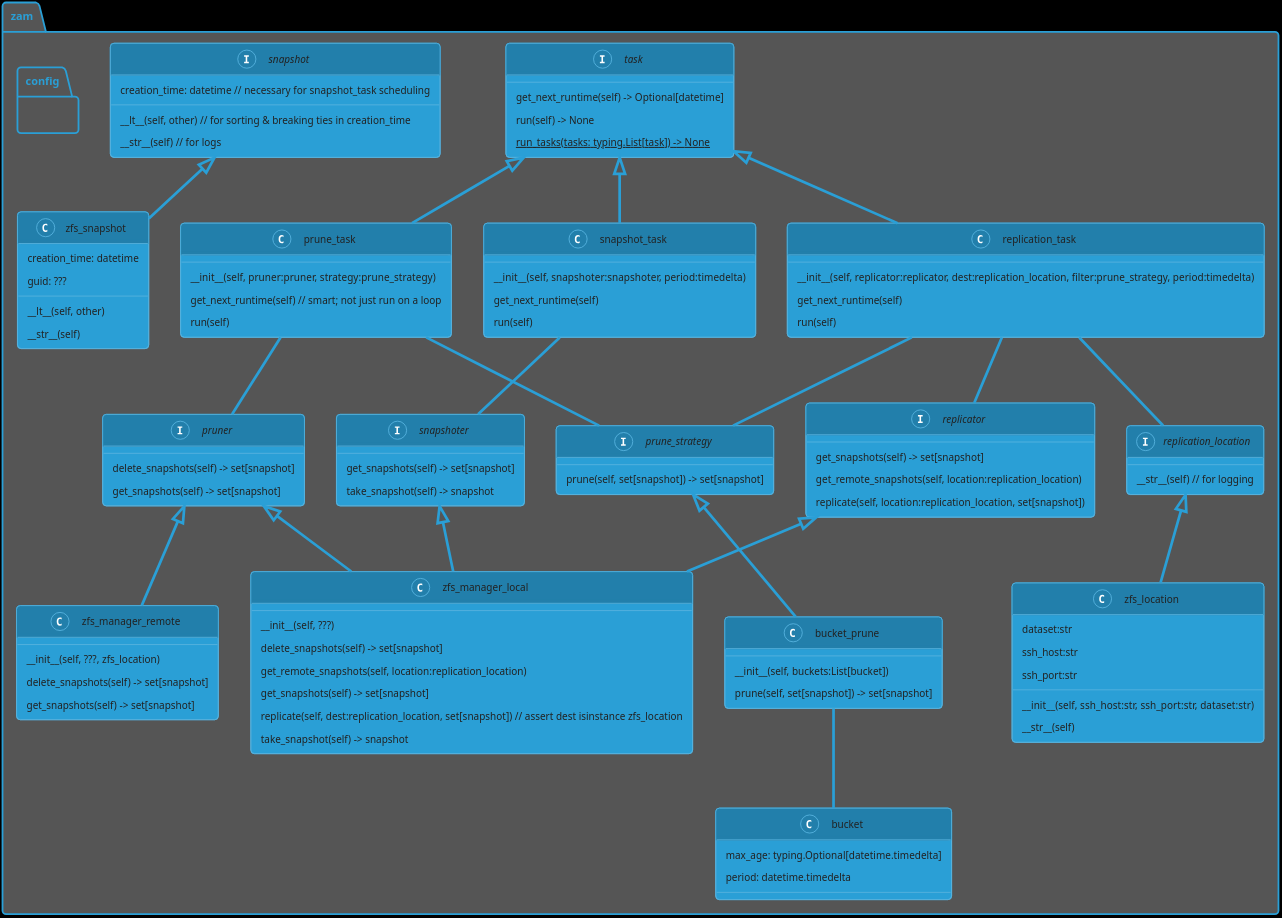
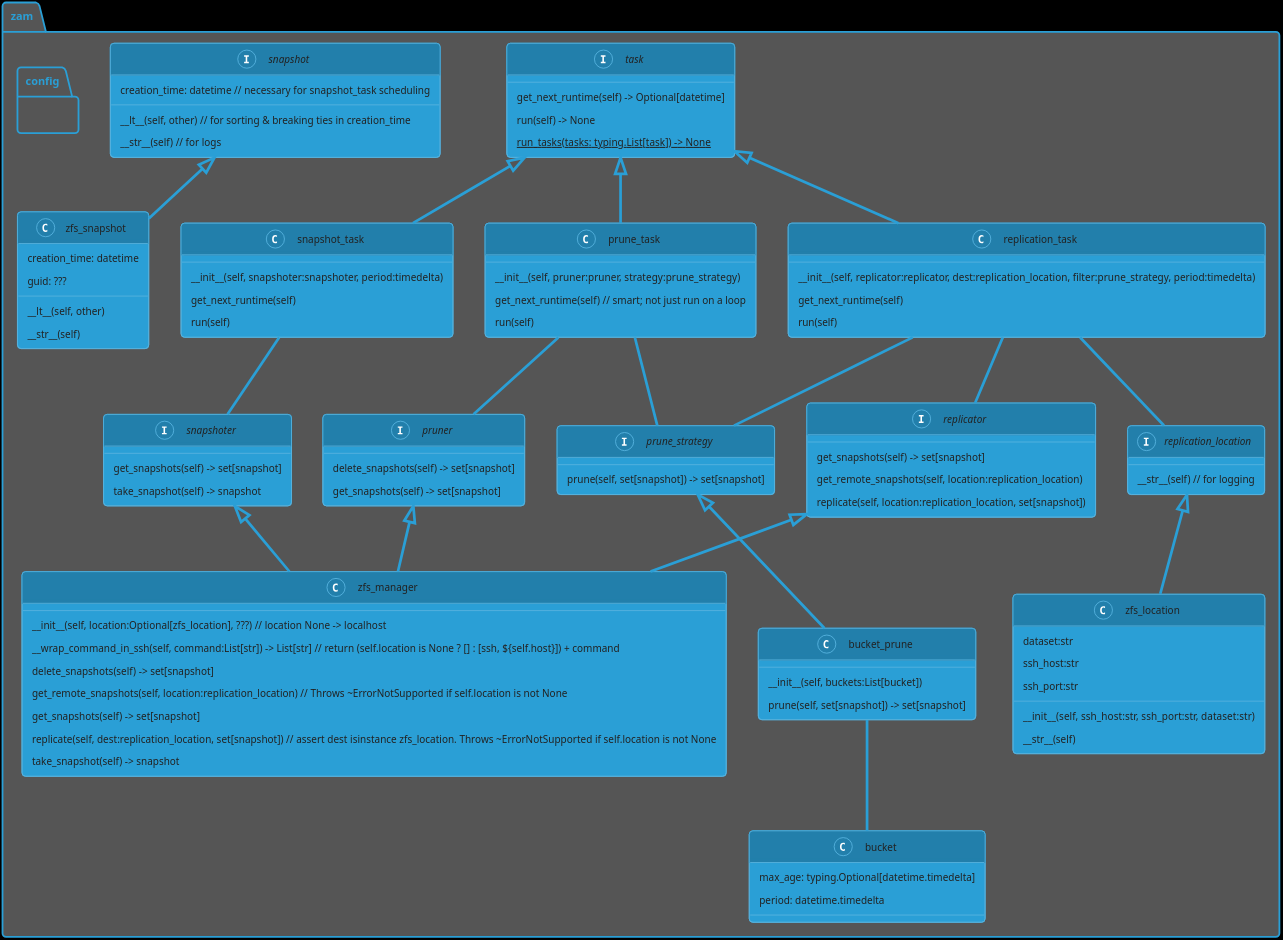
One commit to Ivan-Johnson/ZAM changed the diagram in docs/class_diagram.plantuml. Above: the diagram before and after it, drawn with PlantUML.

Commit message:
De-duplicate class design

```diff
--- a/docs/class_diagram.plantuml
+++ b/docs/class_diagram.plantuml
@@ -2,155 +2,142 @@
 @startuml
 !theme cyborg
 skinparam backgroundColor black
 skinparam dpi 300
 
 package "zam" {
 	interface task {
 		get_next_runtime(self) -> Optional[datetime]
 		run(self) -> None
 		{static} run_tasks(tasks: typing.List[task]) -> None
 	}
 
 	interface snapshot {
 		__lt__(self, other) // for sorting & breaking ties in creation_time
 		__str__(self) // for logs
 		creation_time: datetime // necessary for snapshot_task scheduling
 	}
 
 	class zfs_snapshot {
 		__lt__(self, other)
 		__str__(self)
 		creation_time: datetime
 		guid: ???
 	}
 	zfs_snapshot -up-|> snapshot
 
 	interface snapshoter {
 		get_snapshots(self) -> set[snapshot]
 		take_snapshot(self) -> snapshot
 	}
 
 	class snapshot_task {
 		__init__(self, snapshoter:snapshoter, period:timedelta)
 		get_next_runtime(self)
 		run(self)
 	}
 
 	snapshot_task -up-|> task
 	snapshot_task -- snapshoter
 
 	interface replicator {
 		get_snapshots(self) -> set[snapshot]
 		get_remote_snapshots(self, location:replication_location)
 		replicate(self, location:replication_location, set[snapshot])
 	}
 
 	interface replication_location {
 		__str__(self) // for logging
 	}
 
 	class replication_task {
 		__init__(self, replicator:replicator, dest:replication_location, filter:prune_strategy, period:timedelta)
 		get_next_runtime(self)
 		run(self)
 
 		' implementation is something like this:
 		'     local = replicator.get_snapshots()
 		'     remote = replicator.get_remote_snapshots(dest)
 		'
 		'     start_time = max(map(lambda snapshot: snapshot.datetime, remote))
 		'     local = filter out all snapshots from local that are start_time or older
 		'     snapshots_to_replicate = union(local, remote) ' pretend to upload everything
 		'     snapshots_to_replicate = prune_strategy.filter(snapshots_to_replicate)
 		'     snapshots_to_replicate = snapshots_to_replicate - remote
 		'     replicator.replicate(snapshots_to_replicate, dest)
 	}
 
 	replication_task -up-|> task
 	replication_task -- replicator
 	replication_task -- replication_location
 	replication_task -- prune_strategy
 
 	class prune_task {
 		__init__(self, pruner:pruner, strategy:prune_strategy)
 		get_next_runtime(self) // smart; not just run on a loop
 		run(self)
 	}
 
 	interface prune_strategy {
 		prune(self, set[snapshot]) -> set[snapshot]
 	}
 
 	interface pruner {
 		delete_snapshots(self) -> set[snapshot]
 		get_snapshots(self) -> set[snapshot]
 	}
 
 	prune_task -up-|> task
 	prune_task -- pruner
 	prune_task -- prune_strategy
 
 	class bucket {
 		'This probably shouldn't be a separate class
 		max_age: typing.Optional[datetime.timedelta]
 		period: datetime.timedelta
 	}
 
 	class bucket_prune {
 		__init__(self, buckets:List[bucket])
 		prune(self, set[snapshot]) -> set[snapshot]
 		' algorith is something like:
 		' keepers = set()
 		' for each bucket:
 		'     snapshots = get all snapshots inside bucket as well as closest neighbors on left and right
 		'     keeper snapshots[0] if it's closer to the start of the bucket than snapshots[1]
 		'     for snapshot in snapshots:
 		'         ???
 		'     keeper snapshots[-1] if it's closer to the end of the bucket than snapshots[-2]
 	}
 	bucket_prune -up-|> prune_strategy
 	bucket_prune -- bucket
 
 	class zfs_location {
 		__init__(self, ssh_host:str, ssh_port:str, dataset:str)
 		__str__(self)
 		dataset:str
 		ssh_host:str
 		ssh_port:str
 	}
 	zfs_location -up-|> replication_location
 
-	class zfs_manager_local {
-		__init__(self, ???)
+	class zfs_manager {
+		__init__(self, location:Optional[zfs_location], ???) // location None -> localhost
+		__wrap_command_in_ssh(self, command:List[str]) -> List[str] // return (self.location is None ? [] : [ssh, ${self.host}]) + command
 		delete_snapshots(self) -> set[snapshot]
-		get_remote_snapshots(self, location:replication_location)
+		get_remote_snapshots(self, location:replication_location) // Throws ~ErrorNotSupported if self.location is not None
 		get_snapshots(self) -> set[snapshot]
-		replicate(self, dest:replication_location, set[snapshot]) // assert dest isinstance zfs_location
+		replicate(self, dest:replication_location, set[snapshot]) // assert dest isinstance zfs_location. Throws ~ErrorNotSupported if self.location is not None
 		take_snapshot(self) -> snapshot
 	}
-	zfs_manager_local -up-|> pruner
-	zfs_manager_local -up-|> replicator
-	zfs_manager_local -up-|> snapshoter
-
-	class zfs_manager_remote {
-		__init__(self, ???, zfs_location)
-		delete_snapshots(self) -> set[snapshot]
-		get_snapshots(self) -> set[snapshot]
-	}
-	zfs_manager_remote -up-|> pruner
+	zfs_manager -up-|> pruner
+	zfs_manager -up-|> replicator
+	zfs_manager -up-|> snapshoter
 
 	package "config" {
 	}
 
 	'TODO #17: there's still a lot missing
-	'* need to de-duplicate {zfs_manager_remote,zfs_manager_local}.{get_snapshots(), delete_snapshots()}
-	'  * maybe a single ZFS class that gets given an interface for running
-	'    commands? It'd have to be a pretty complex interface to support piping
-	'    commands for zfs_manager_local.replicate(), and that's not even something that
-	'    we need for zfs_manager_remote...
-	'  * Maybe just common get_{getter,deletor}_command() and
-	'    parse_{getter,deletor}_output() function?
 	'* Design config classes/json structure
 }
 
 @enduml
```
